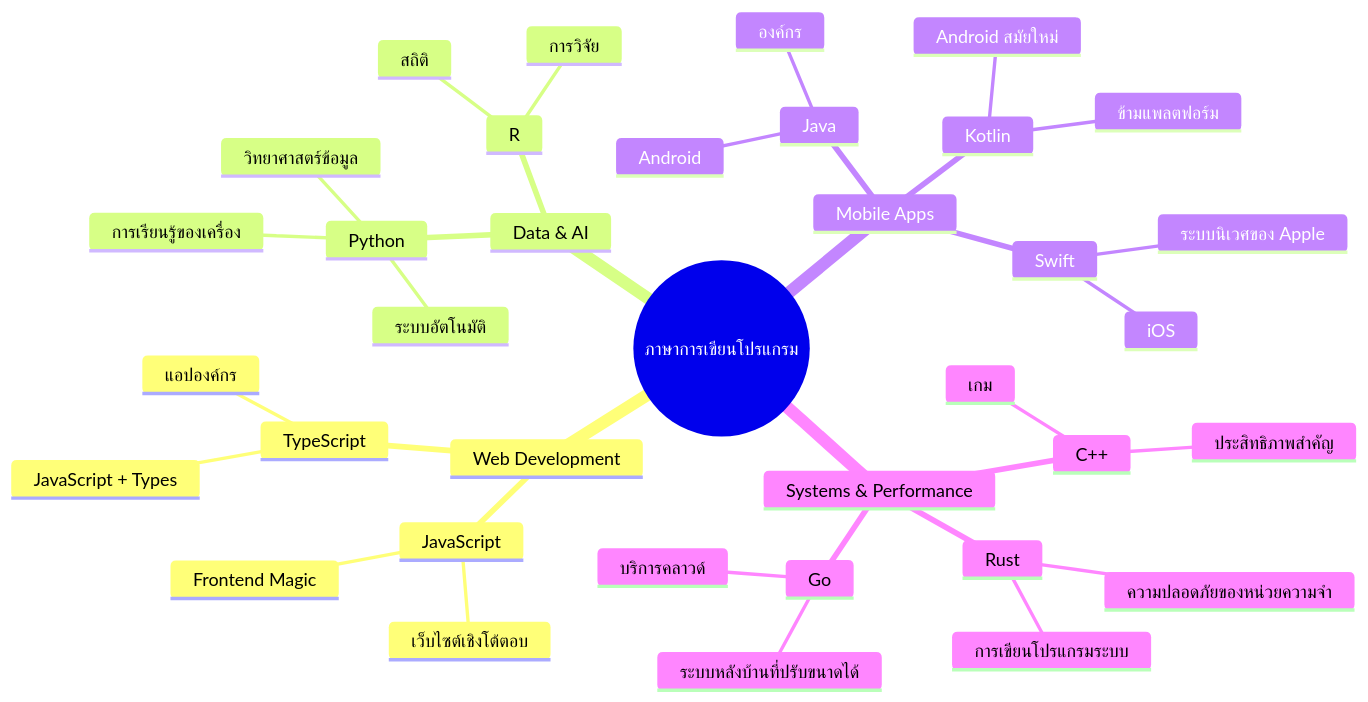
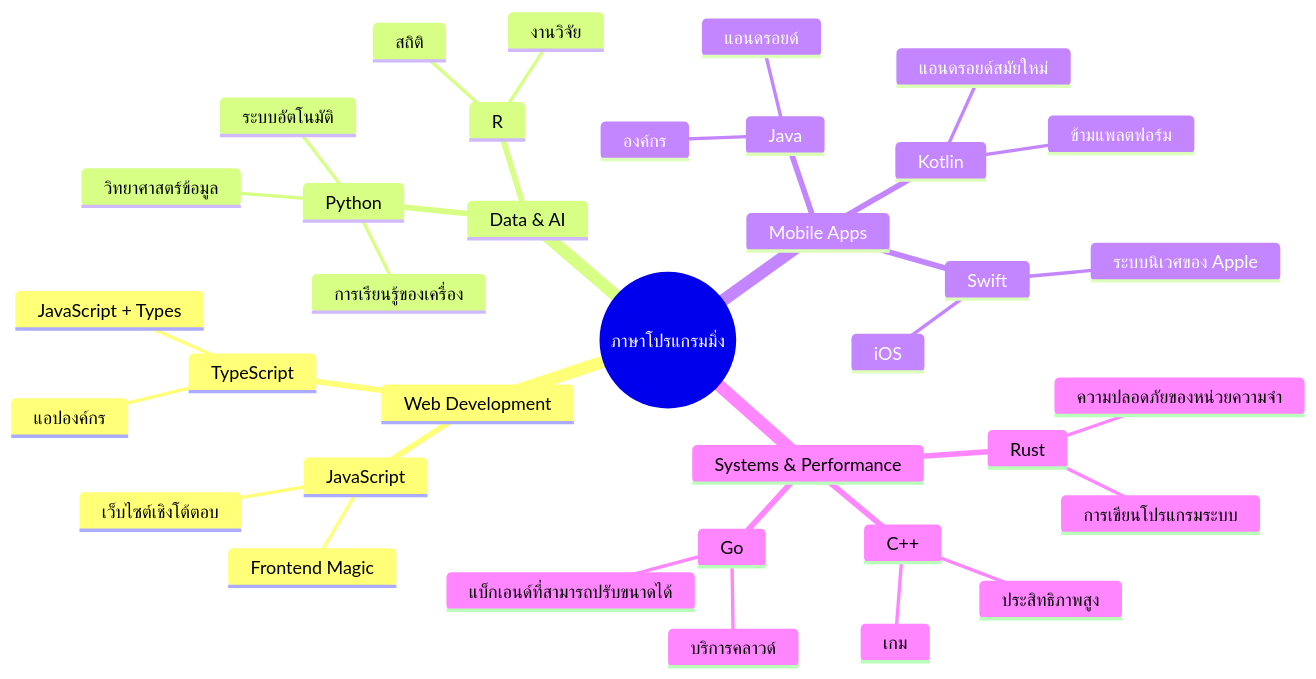
One commit to microsoft/Web-Dev-For-Beginners changed the second of 7 diagrams in translations/th/1-getting-started-lessons/1-intro-to-programming-languages/README.md. Above: the diagram before and after it, drawn with Mermaid. The commit also changed other lines of this file and 8 other files, not shown here.

````diff
--- a/translations/th/1-getting-started-lessons/1-intro-to-programming-languages/README.md
+++ b/translations/th/1-getting-started-lessons/1-intro-to-programming-languages/README.md
@@ -85,39 +85,39 @@
 ```mermaid
 mindmap
-  root((ภาษาการเขียนโปรแกรม))
+  root((ภาษาโปรแกรมมิ่ง))
     Web Development
       JavaScript
         Frontend Magic
         เว็บไซต์เชิงโต้ตอบ
       TypeScript
         JavaScript + Types
         แอปองค์กร
     Data & AI
       Python
         วิทยาศาสตร์ข้อมูล
         การเรียนรู้ของเครื่อง
         ระบบอัตโนมัติ
       R
         สถิติ
-        การวิจัย
+        งานวิจัย
     Mobile Apps
       Java
-        Android
+        แอนดรอยด์
         องค์กร
       Swift
         iOS
         ระบบนิเวศของ Apple
       Kotlin
-        Android สมัยใหม่
+        แอนดรอยด์สมัยใหม่
         ข้ามแพลตฟอร์ม
     Systems & Performance
       C++
         เกม
-        ประสิทธิภาพสำคัญ
+        ประสิทธิภาพสูง
       Rust
         ความปลอดภัยของหน่วยความจำ
         การเขียนโปรแกรมระบบ
       Go
         บริการคลาวด์
-        ระบบหลังบ้านที่ปรับขนาดได้
+        แบ็กเอนด์ที่สามารถปรับขนาดได้
 ```
````
